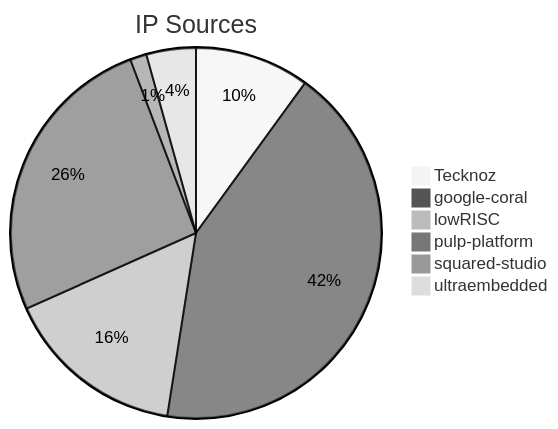
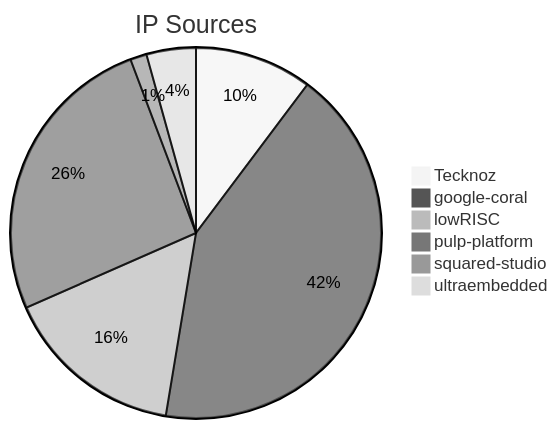
One commit to TecknozBD/Hyper-Titan changed the diagram in README.md. Above: the diagram before and after it, drawn with Mermaid (neutral theme). The commit also changed 1 other file, not shown here.

Commit message:
Update clk_rst_gen module with enhanced comments and signal organization for clarity modified:   README.md modified:   hardware/design/clk_rst_gen.sv

````diff
--- a/README.md
+++ b/README.md
@@ -116,10 +116,10 @@
 ```mermaid
 %%{init: {"pie": {"sort": false}} }%%
 pie title IP Sources
-  "Tecknoz" : 13897
+  "Tecknoz" : 14271
   "google-coral" : 59000
   "lowRISC" : 22000
   "pulp-platform" : 36000
   "squared-studio": 2000
   "ultraembedded": 6000
 ```
````
